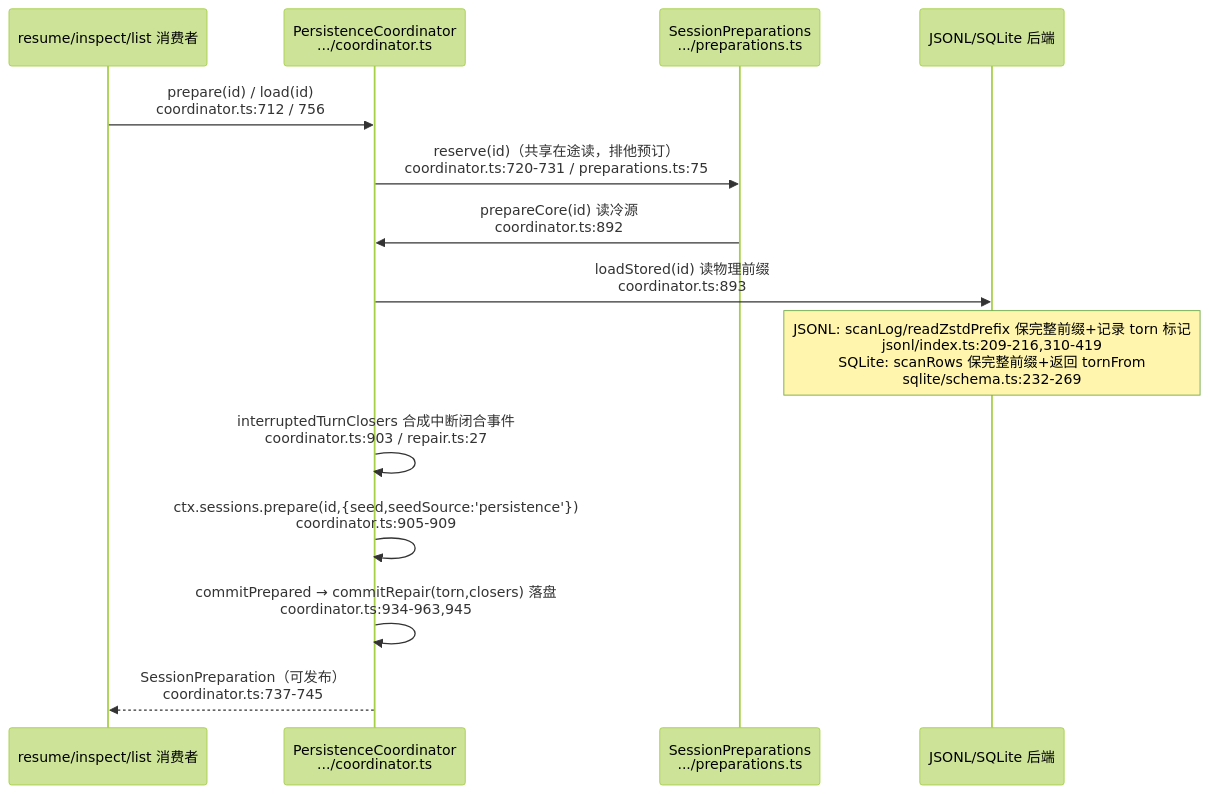
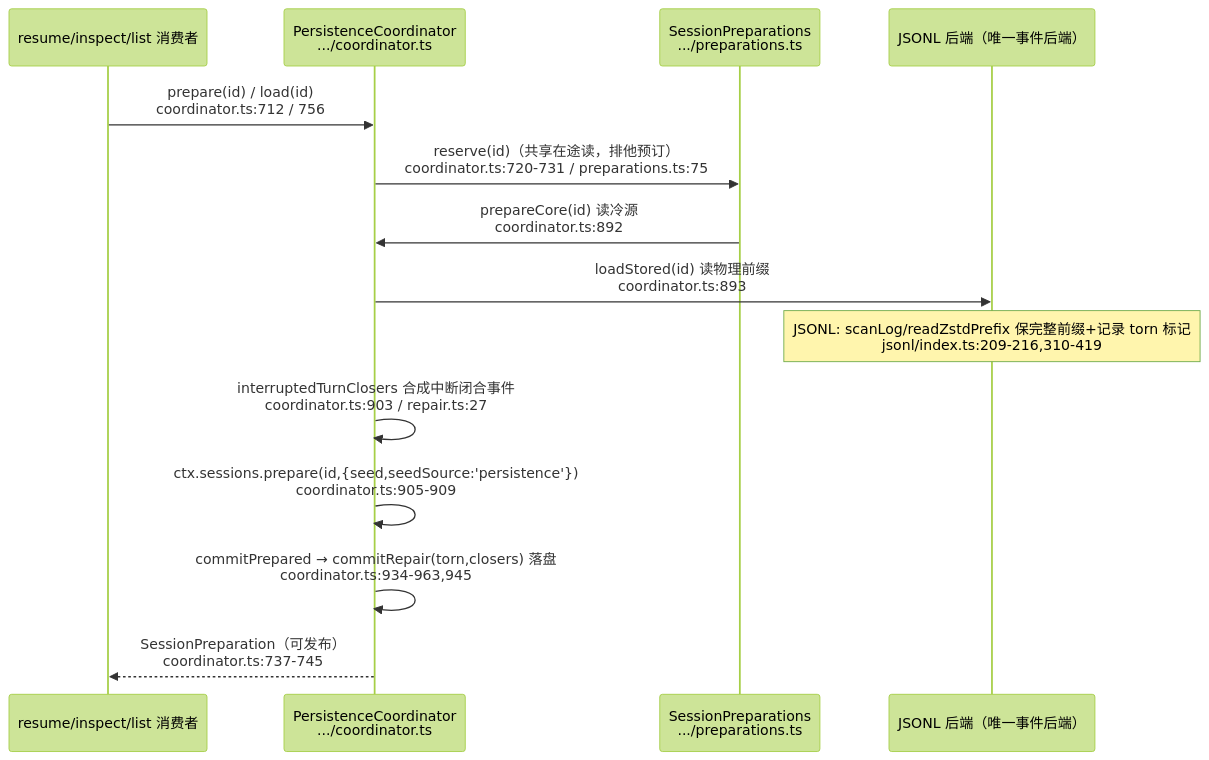
The second of 2 diagrams in ai-agent/deepseek-harness/session.md (morehao/oss-insights), drawn with Mermaid (forest theme) before and after one commit. The commit also changed other lines of this file and 20 other files, not shown here.

````diff
--- a/ai-agent/deepseek-harness/session.md
+++ b/ai-agent/deepseek-harness/session.md
@@ -182,17 +183,17 @@
 ```mermaid
 sequenceDiagram
     participant Caller as resume/inspect/list 消费者
     participant C as PersistenceCoordinator <br>.../coordinator.ts
     participant Prep as SessionPreparations <br>.../preparations.ts
-    participant Backend as JSONL/SQLite 后端
+    participant Backend as JSONL 后端（唯一事件后端）
 
     Caller->>C: prepare(id) / load(id) <br>coordinator.ts:712 / 756
     C->>Prep: reserve(id)（共享在途读，排他预订） <br>coordinator.ts:720-731 / preparations.ts:75
     Prep->>C: prepareCore(id) 读冷源 <br>coordinator.ts:892
     C->>Backend: loadStored(id) 读物理前缀 <br>coordinator.ts:893
-    Note over Backend: JSONL: scanLog/readZstdPrefix 保完整前缀+记录 torn 标记 <br>jsonl/index.ts:209-216,310-419 <br>SQLite: scanRows 保完整前缀+返回 tornFrom <br>sqlite/schema.ts:232-269
+    Note over Backend: JSONL: scanLog/readZstdPrefix 保完整前缀+记录 torn 标记 <br>jsonl/index.ts:209-216,310-419
     C->>C: interruptedTurnClosers 合成中断闭合事件 <br>coordinator.ts:903 / repair.ts:27
     C->>C: ctx.sessions.prepare(id,{seed,seedSource:'persistence'}) <br>coordinator.ts:905-909
     C->>C: commitPrepared → commitRepair(torn,closers) 落盘 <br>coordinator.ts:934-963,945
     C-->>Caller: SessionPreparation（可发布） <br>coordinator.ts:737-745
 ```
````
